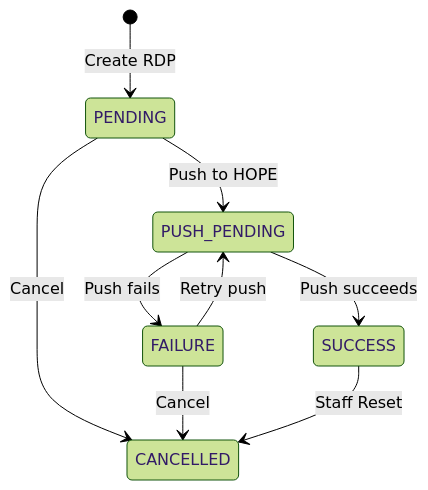
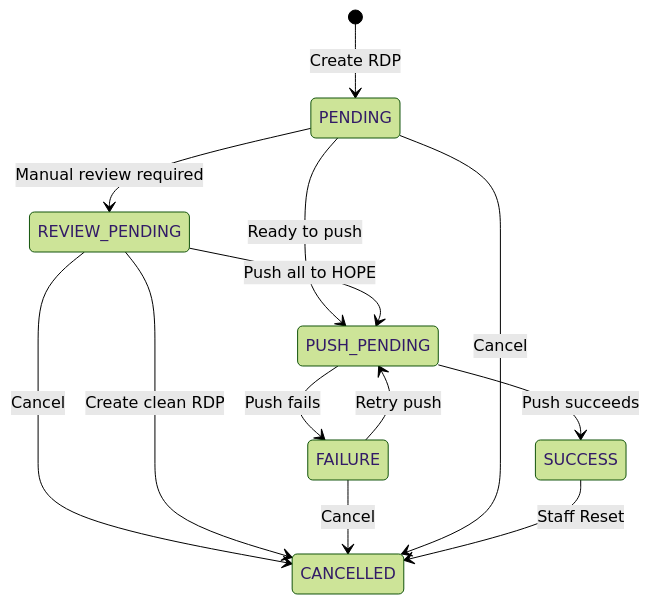
Before and after one commit to unicef/hope-country-workspace: the diagram in docs/src/rdp/lifecycle.md, drawn with Mermaid (forest theme). The commit also changed other lines of this file and 131 other files, not shown here.

Commit message:
Add RDP biometric review flow and generic operations (#467)

````diff
--- a/docs/src/rdp/lifecycle.md
+++ b/docs/src/rdp/lifecycle.md
@@ -9,15 +9,20 @@
 ```mermaid
 stateDiagram-v2
     [*] --> PENDING: Create RDP
 
-    PENDING --> PUSH_PENDING: Push to HOPE
-    FAILURE --> PUSH_PENDING: Retry push
+    PENDING --> REVIEW_PENDING: Manual review required
+    PENDING --> PUSH_PENDING: Ready to push
+
+    REVIEW_PENDING --> PUSH_PENDING: Push all to HOPE
+    REVIEW_PENDING --> CANCELLED: Cancel
+    REVIEW_PENDING --> CANCELLED: Create clean RDP
 
     PUSH_PENDING --> SUCCESS: Push succeeds
     PUSH_PENDING --> FAILURE: Push fails
 
-    PENDING --> CANCELLED: Cancel
+    FAILURE --> PUSH_PENDING: Retry push
     FAILURE --> CANCELLED: Cancel
 
+    PENDING --> CANCELLED: Cancel
     SUCCESS --> CANCELLED: Staff Reset
 ```
````
